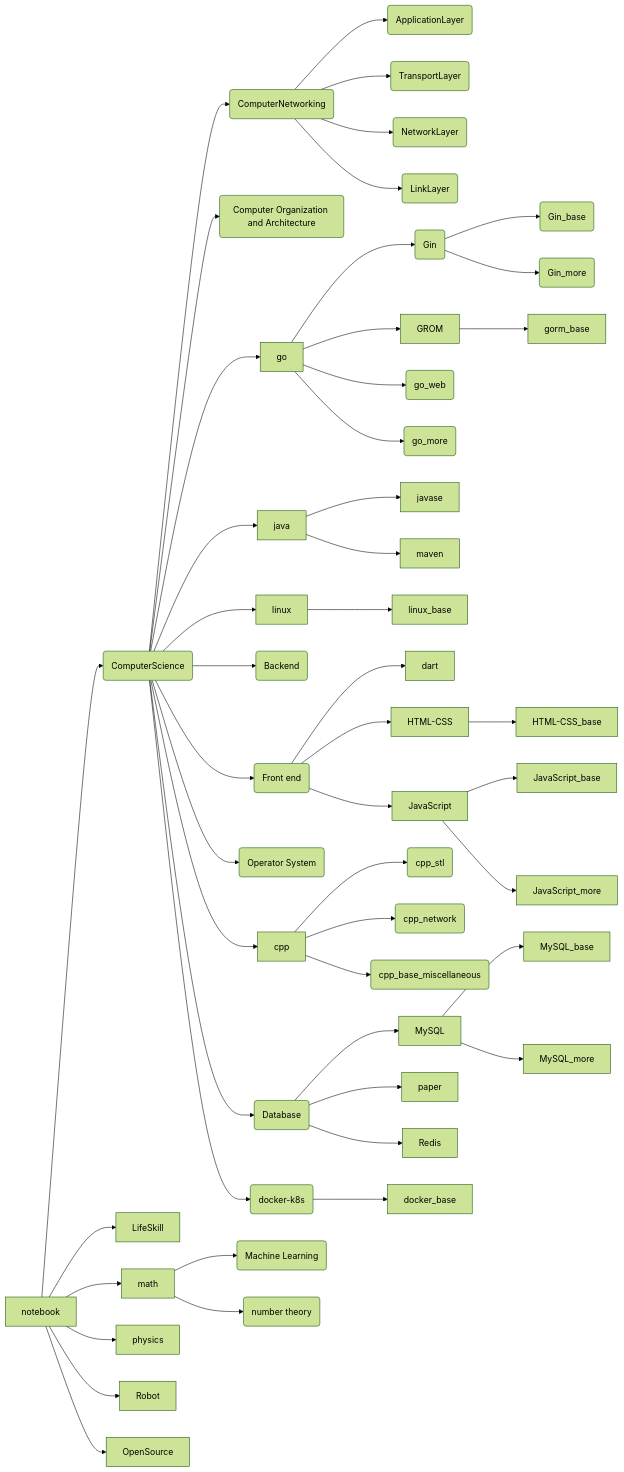
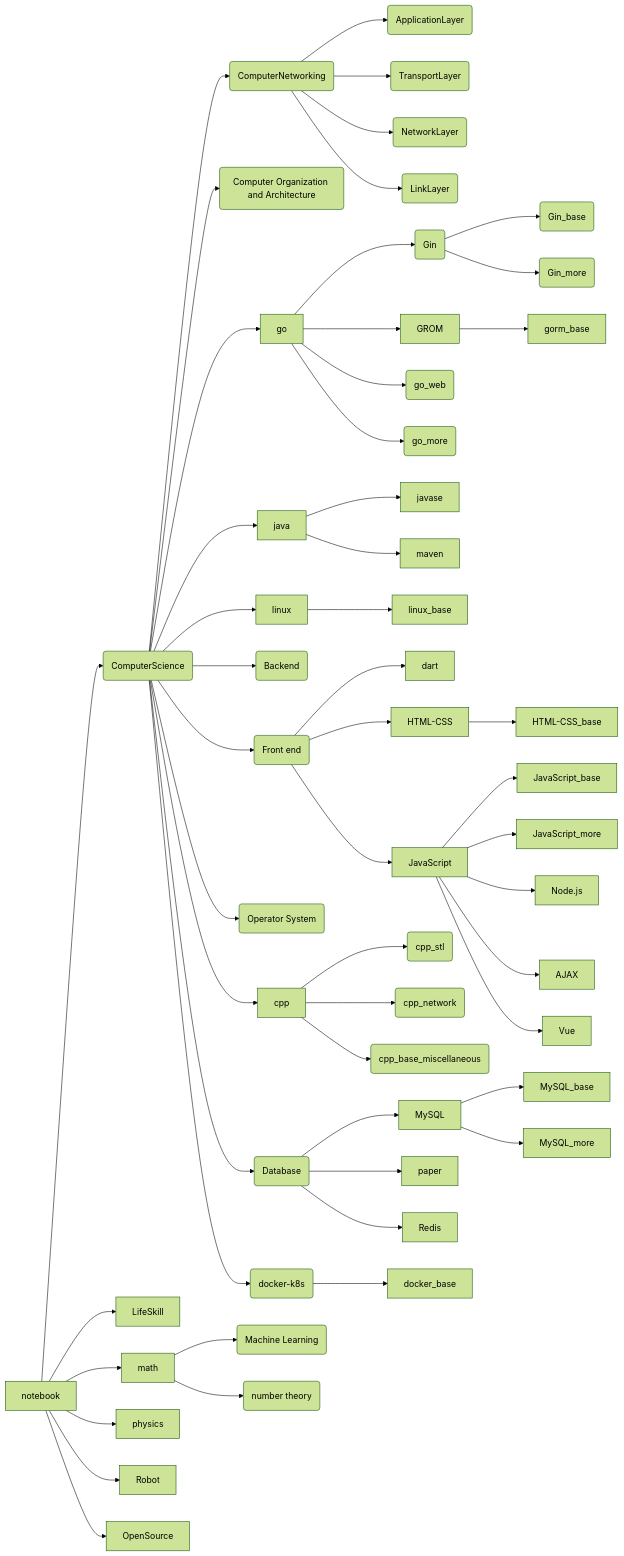
The diagram in README.md (zhangxuwen/learningNotebook), drawn with Mermaid (forest theme) before and after one commit. The commit also changed 2 other files, not shown here.

Commit message:
add something to vue

````diff
--- a/README.md
+++ b/README.md
@@ -14,77 +14,80 @@
 ```mermaid
 graph LR
 notebook --> CS(ComputerScience)
 notebook --> LifeSkill
 notebook --> math
 notebook --> physics
 notebook --> Robot
 notebook --> OpenSource
 
 CS --> CN(ComputerNetworking)
 CN --> 应用层(ApplicationLayer)
 CN --> 传输层(TransportLayer)
 CN --> 网络层(NetworkLayer)
 CN --> 链路层(LinkLayer)
 
 
 CS --> COAA(Computer Organization and Architecture)
 
 
 CS --> go
 go --> Gin框架(Gin)
 Gin框架(Gin) --> Gin入门(Gin_base)
 Gin框架(Gin) --> Gin源码分析(Gin_more)
 go --> GROM
 GROM --> gorm_base
 go --> goweb基础(go_web)
 go --> go进阶(go_more)
 
 
 CS --> java
 java --> javase
 java --> maven
 
 
 CS --> linux
 linux --> linux_base
 
 
 CS --> BD(Backend)
 
 
 CS --> FD(Front end)
 FD --> dart
 FD --> HTML-CSS
 HTML-CSS --> HTML-CSS_base
 FD --> JavaScript
 JavaScript --> JavaScript_base
 JavaScript --> JavaScript_more
+JavaScript --> Node.js
+JavaScript --> AJAX
+JavaScript --> Vue
 
 
 CS --> OS(Operator System)
 
 
 CS --> cpp
 cpp --> c++stl基础(cpp_stl)
 cpp --> c++网络基础(cpp_network)
 cpp --> c++基础杂项知识(cpp_base_miscellaneous)
 
 
 CS --> DB(Database)
 DB --> MySQL
 MySQL --> MySQL_base
 MySQL --> MySQL_more
 DB --> paper
 DB --> Redis
 
 
 CS --> DK(docker-k8s)
 DK --> docker_base
 
 
 
 math --> ML(Machine Learning)
 
 
 math --> NT(number theory)
 ```
````
